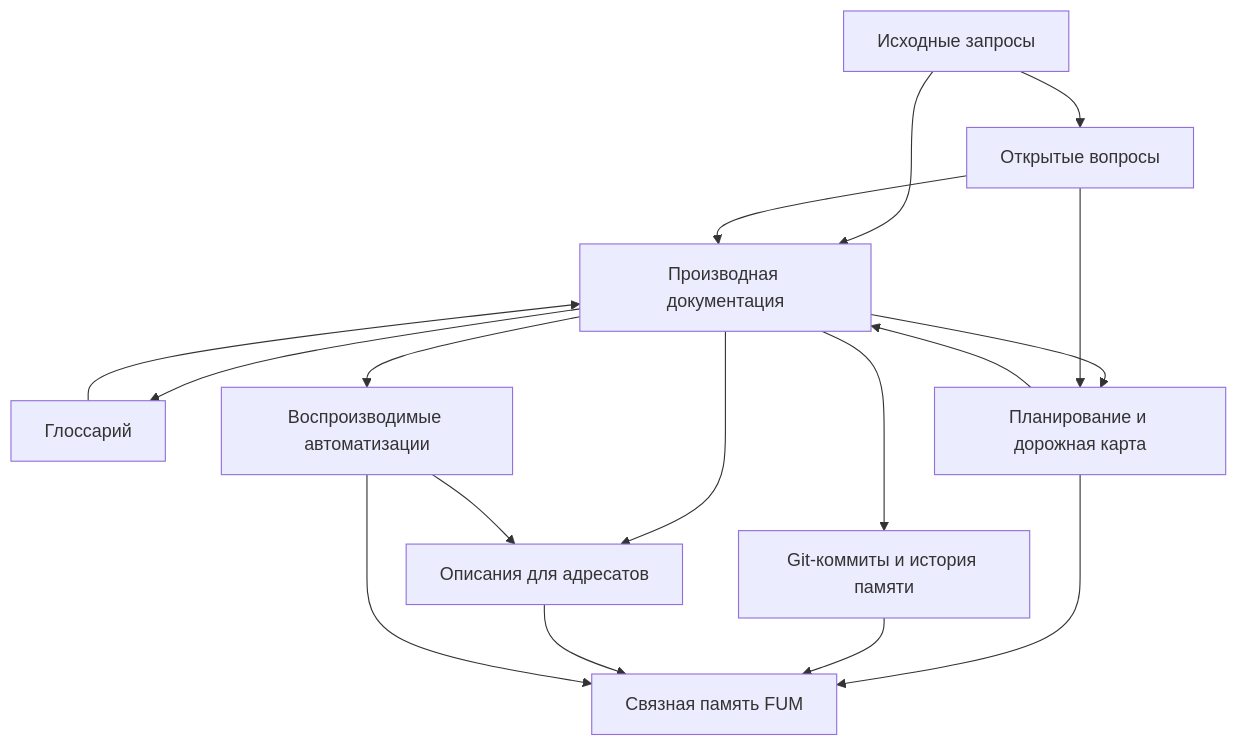
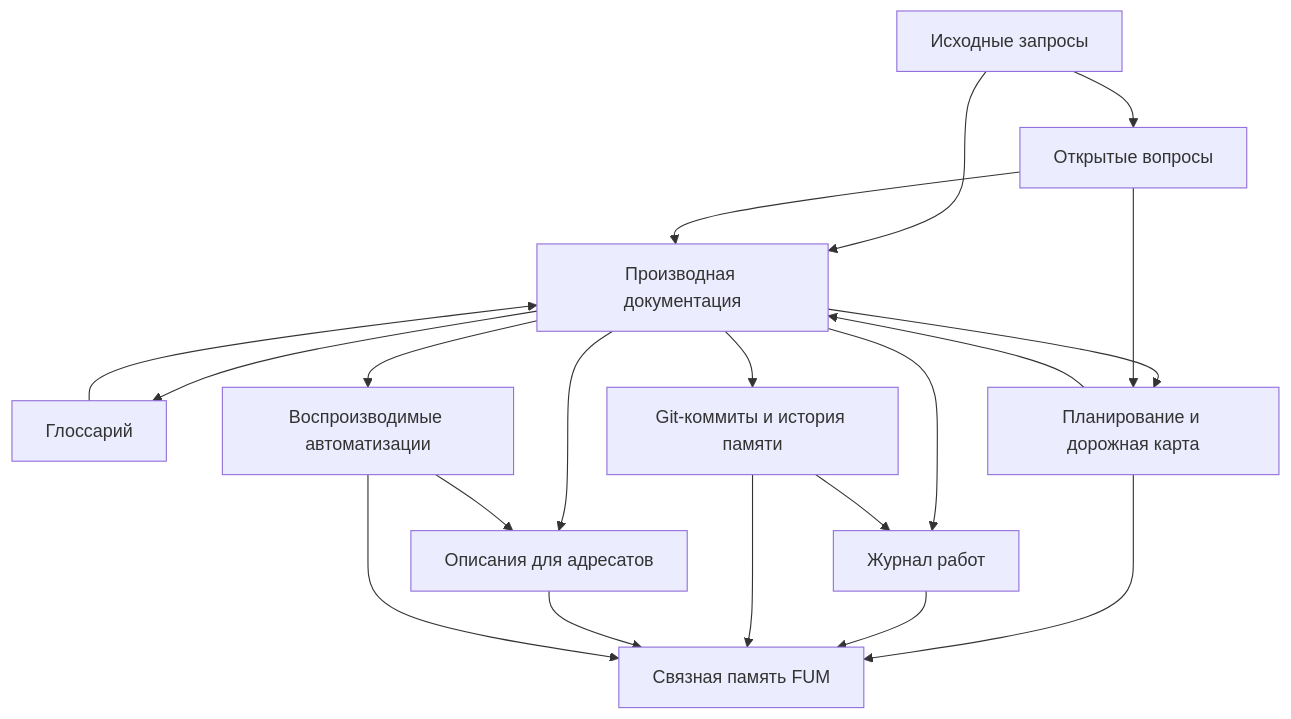
The diagram in Документация/00-обзор-проекта.md (fum-lab/fum), drawn with Mermaid before and after one commit. The commit also changed other lines of this file and 11 other files, not shown here.

First line of the commit message:
Добавить журнал работ

````diff
--- a/Документация/00-обзор-проекта.md
+++ b/Документация/00-обзор-проекта.md
@@ -98,19 +101,22 @@
 ```mermaid
 flowchart TD
     req["Исходные запросы"] --> docs["Производная документация"]
     req --> questions["Открытые вопросы"]
     docs --> glossary["Глоссарий"]
     docs --> descriptions["Описания для адресатов"]
     docs --> automations["Воспроизводимые автоматизации"]
     docs --> planning["Планирование и дорожная карта"]
+    docs --> journal["Журнал работ"]
     questions --> planning
     planning --> docs
     automations --> descriptions
     questions --> docs
     glossary --> docs
     docs --> commits["Git-коммиты и история памяти"]
+    commits --> journal
     planning --> memory
+    journal --> memory
     commits --> memory["Связная память FUM"]
     descriptions --> memory
     automations --> memory
 ```
````
